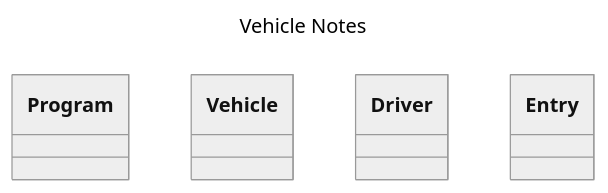
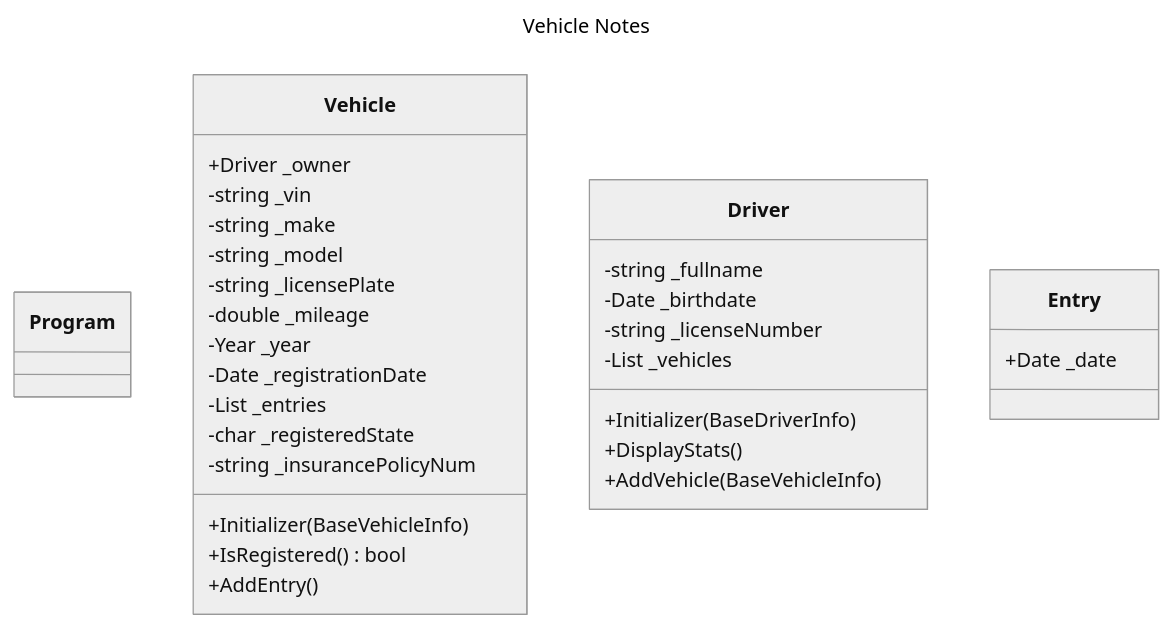
The diagram in docs/prototypes_class_diagram.md (brooksjake/VehicleNotes), drawn with Mermaid (neutral theme) before and after one commit. The commit also changed other lines of this file and 1 other file, not shown here.

Commit message:
started on uml diagram contents

````diff
--- a/docs/prototypes_class_diagram.md
+++ b/docs/prototypes_class_diagram.md
@@ -3,21 +3,42 @@
 ```mermaid
 ---
 title: Vehicle Notes
 ---
 classDiagram
     class Program {
         
     }
     class Vehicle {
+        +Driver _owner
+        -string _vin
+        -string _make
+        -string _model
+        -string _licensePlate
+        -double _mileage
+        -Year _year
+        -Date _registrationDate
+        -List<Entry> _entries
+        -char _registeredState
+        -string _insurancePolicyNum
         
+        +Initializer(BaseVehicleInfo)
+        +IsRegistered() bool
+        +AddEntry()
     }
     class Driver {
+        -string _fullname
+        -Date _birthdate
+        -string _licenseNumber
+        -List<Vehicle> _vehicles
         
+        +Initializer(BaseDriverInfo)
+        +DisplayStats()
+        +AddVehicle(BaseVehicleInfo)
     }
     class Entry {
-        
+        +Date _date
     }
 
 
 
 ```
````
